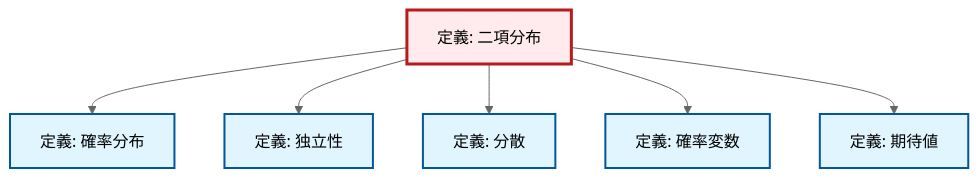
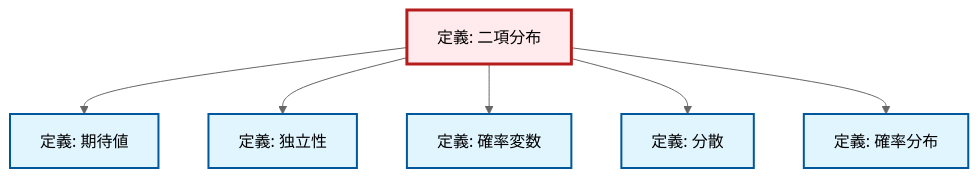
One commit to RK0429/ModernMath changed the diagram in content/ja/probability-statistics/def-binomial-distribution.qmd. Above: the diagram before and after it, drawn with Mermaid (neutral theme). The commit also changed 672 other files, not shown here.

````diff
--- a/content/ja/probability-statistics/def-binomial-distribution.qmd
+++ b/content/ja/probability-statistics/def-binomial-distribution.qmd
@@ -127,26 +127,26 @@
 ```{mermaid}
-%%| fig-cap: "Local dependency graph"
+%%| fig-cap: "ローカル依存関係グラフ"
 graph TD
     classDef definition fill:#e1f5fe,stroke:#01579b,stroke-width:2px
     classDef theorem fill:#f3e5f5,stroke:#4a148c,stroke-width:2px
     classDef axiom fill:#fff3e0,stroke:#e65100,stroke-width:2px
     classDef example fill:#e8f5e9,stroke:#1b5e20,stroke-width:2px
     classDef current fill:#ffebee,stroke:#b71c1c,stroke-width:3px
-    def-probability-distribution["定義: 確率分布"]:::definition
-    def-expectation["定義: 期待値"]:::definition
-    def-random-variable["定義: 確率変数"]:::definition
     def-binomial-distribution["定義: 二項分布"]:::definition
     def-independence["定義: 独立性"]:::definition
+    def-expectation["定義: 期待値"]:::definition
+    def-probability-distribution["定義: 確率分布"]:::definition
     def-variance["定義: 分散"]:::definition
+    def-random-variable["定義: 確率変数"]:::definition
+    def-binomial-distribution --> def-expectation
+    def-binomial-distribution --> def-independence
+    def-binomial-distribution --> def-random-variable
+    def-binomial-distribution --> def-variance
     def-binomial-distribution --> def-probability-distribution
-    def-binomial-distribution --> def-independence
-    def-binomial-distribution --> def-variance
-    def-binomial-distribution --> def-random-variable
-    def-binomial-distribution --> def-expectation
     class def-binomial-distribution current
+    click def-independence "def-independence.html" "独立性の定義へ"
+    click def-expectation "def-expectation.html" "期待値の定義へ"
     click def-probability-distribution "def-probability-distribution.html" "確率分布の定義へ"
-    click def-expectation "def-expectation.html" "期待値の定義へ"
+    click def-variance "def-variance.html" "分散の定義へ"
     click def-random-variable "def-random-variable.html" "確率変数の定義へ"
-    click def-independence "def-independence.html" "独立性の定義へ"
-    click def-variance "def-variance.html" "分散の定義へ"
 ```
````
